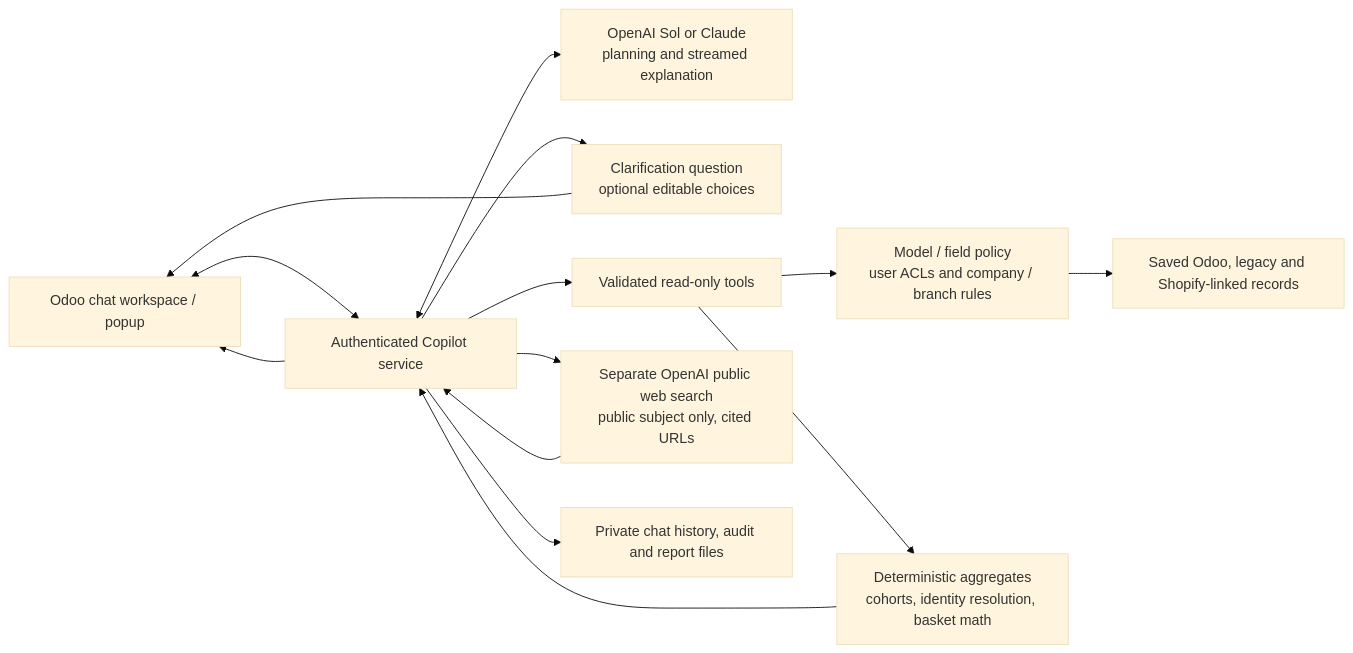
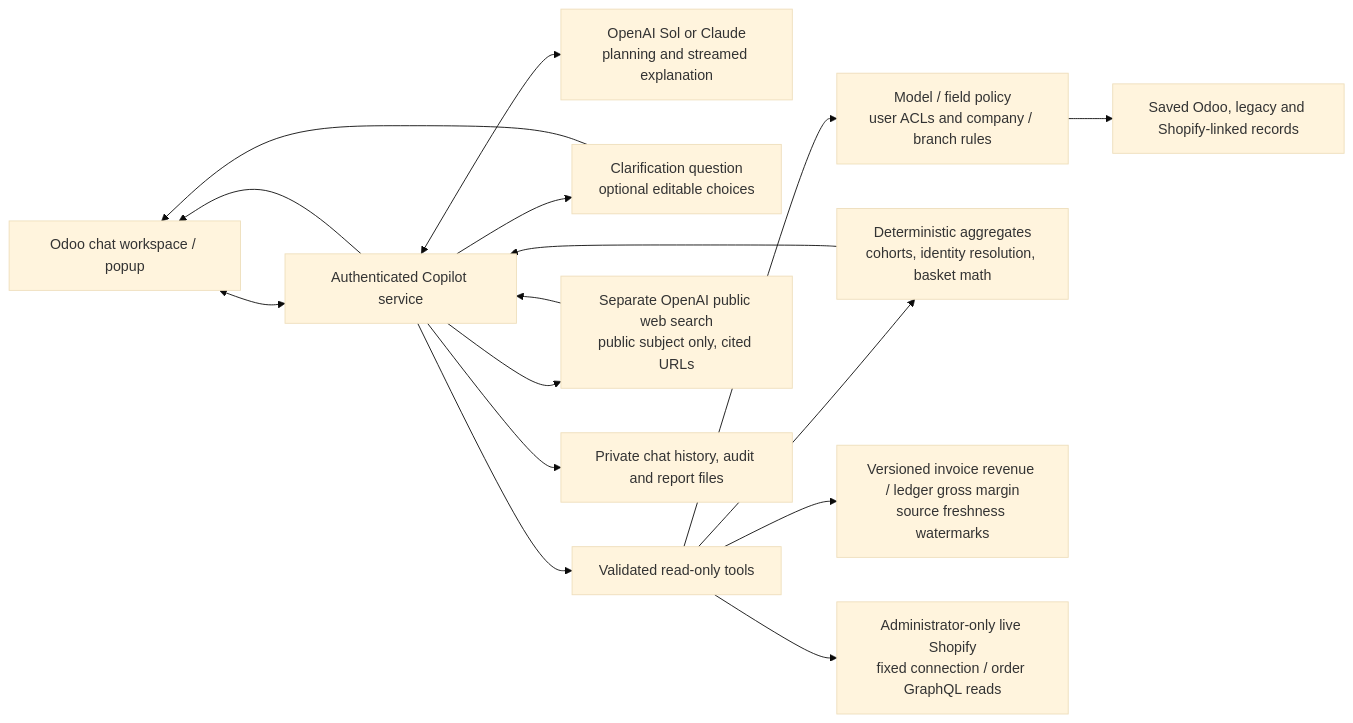
One commit to hagarOdoo18/tradeline changed the diagram in tradeline_ai_copilot/README.md. Above: the diagram before and after it, drawn with Mermaid (base theme). The commit also changed other lines of this file and 9 other files, not shown here.

Commit message:
Define financial reports and add bounded read-only live Shopify evidence

````diff
--- a/tradeline_ai_copilot/README.md
+++ b/tradeline_ai_copilot/README.md
@@ -38,16 +38,18 @@
 ```mermaid
 flowchart LR
     UI[Odoo chat workspace / popup] <--> S[Authenticated Copilot service]
     S <--> AI[OpenAI Sol or Claude\nplanning and streamed explanation]
     S --> C[Clarification question\noptional editable choices]
     C --> UI
     S --> T[Validated read-only tools]
     T --> P[Model / field policy\nuser ACLs and company / branch rules]
     P --> D[Saved Odoo, legacy and Shopify-linked records]
     T --> R[Deterministic aggregates\ncohorts, identity resolution, basket math]
+    T --> M[Versioned invoice revenue / ledger gross margin\nsource freshness watermarks]
+    T --> L[Administrator-only live Shopify\nfixed connection / order GraphQL reads]
     R --> S
     S --> W[Separate OpenAI public web search\npublic subject only, cited URLs]
     W --> S
     S --> H[Private chat history, audit and report files]
     S --> UI
 ```
````
